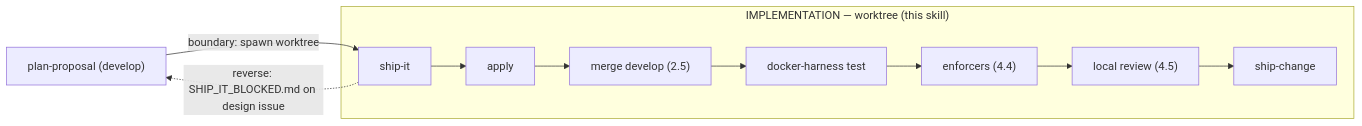
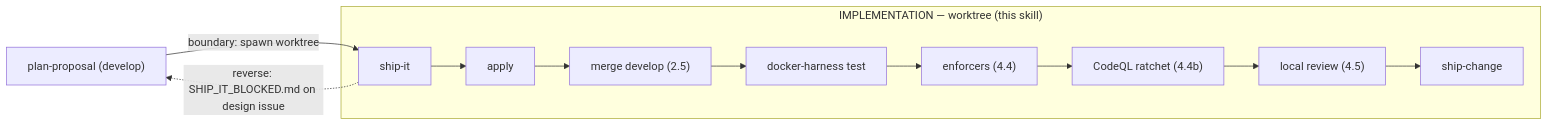
The diagram in .pi/skills/ship-it/SKILL.md (BlackBeltTechnology/pi-agent-dashboard), drawn with Mermaid before and after one commit. The commit also changed other lines of this file and 24 other files, not shown here.

First line of the commit message:
feat(codeql): local CodeQL ratchet + shared advanced-setup workflow (add-local-codeql-ratchet)

````diff
--- a/.pi/skills/ship-it/SKILL.md
+++ b/.pi/skills/ship-it/SKILL.md
@@ -16,8 +16,8 @@
 ```mermaid
 flowchart LR
   P["plan-proposal (develop)"] -->|"boundary: spawn worktree"| S
   subgraph Worktree ["IMPLEMENTATION — worktree (this skill)"]
-    S["ship-it"] --> A["apply"] --> M["merge develop (2.5)"] --> T["docker-harness test"] --> E["enforcers (4.4)"] --> R["local review (4.5)"] --> C["ship-change"]
+    S["ship-it"] --> A["apply"] --> M["merge develop (2.5)"] --> T["docker-harness test"] --> E["enforcers (4.4)"] --> Q["CodeQL ratchet (4.4b)"] --> R["local review (4.5)"] --> C["ship-change"]
   end
   S -.->|"reverse: SHIP_IT_BLOCKED.md on design issue"| P
 ```
````
